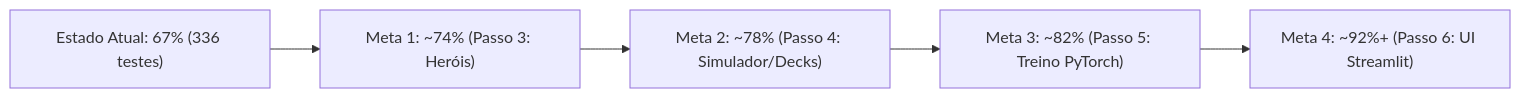
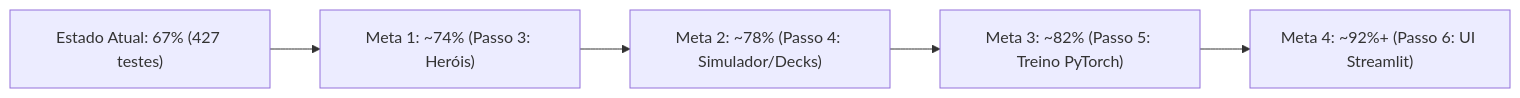
The diagram in docs/ROADMAP.md (renan-albino/fab-talishar-ia), drawn with Mermaid before and after one commit. The commit also changed other lines of this file and 53 other files, not shown here.

````diff
--- a/docs/ROADMAP.md
+++ b/docs/ROADMAP.md
@@ -94,7 +94,7 @@
 ```mermaid
 graph LR
-    A["Estado Atual: 67% (336 testes)"] --> B["Meta 1: ~74% (Passo 3: Heróis)"]
+    A["Estado Atual: 67% (427 testes)"] --> B["Meta 1: ~74% (Passo 3: Heróis)"]
     B --> C["Meta 2: ~78% (Passo 4: Simulador/Decks)"]
     C --> D["Meta 3: ~82% (Passo 5: Treino PyTorch)"]
     D --> E["Meta 4: ~92%+ (Passo 6: UI Streamlit)"]
 ```
````
